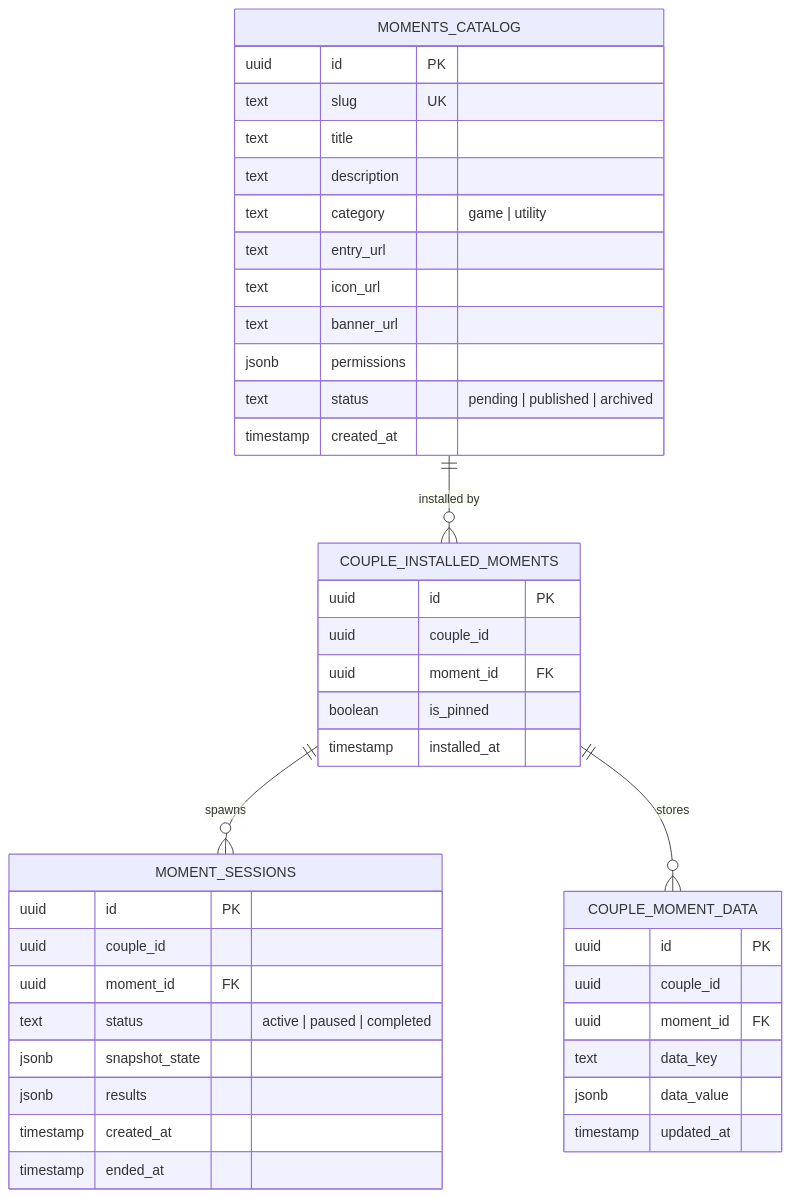
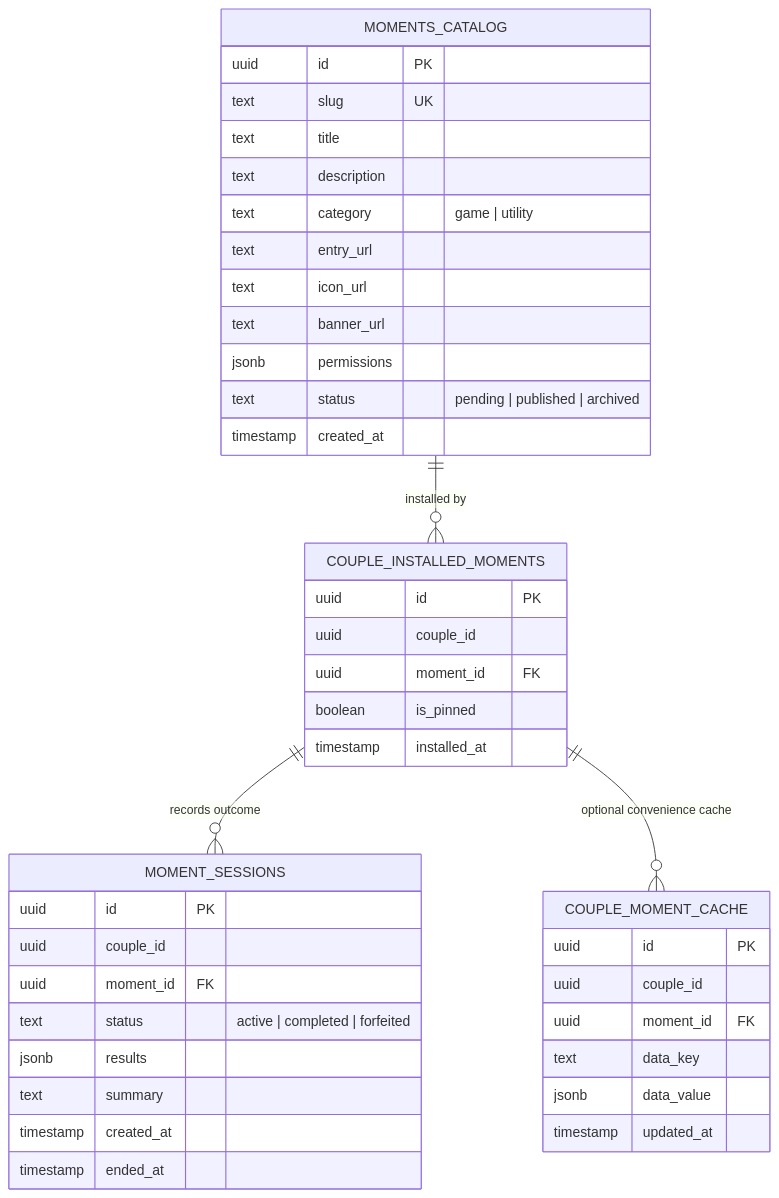
One commit to xtarflex/Lover-HQ changed the third of 4 diagrams in doc/MOMENTS_ARCHITECTURE.md. Above: the diagram before and after it, drawn with Mermaid. The commit also changed other lines of this file and 45 other files, not shown here.

````diff
--- a/doc/MOMENTS_ARCHITECTURE.md
+++ b/doc/MOMENTS_ARCHITECTURE.md
@@ -114,48 +154,48 @@
 ```mermaid
 erDiagram
     MOMENTS_CATALOG ||--o{ COUPLE_INSTALLED_MOMENTS : "installed by"
-    COUPLE_INSTALLED_MOMENTS ||--o{ MOMENT_SESSIONS : "spawns"
-    COUPLE_INSTALLED_MOMENTS ||--o{ COUPLE_MOMENT_DATA : "stores"
+    COUPLE_INSTALLED_MOMENTS ||--o{ MOMENT_SESSIONS : "records outcome"
+    COUPLE_INSTALLED_MOMENTS ||--o{ COUPLE_MOMENT_CACHE : "optional convenience cache"
 
     MOMENTS_CATALOG {
         uuid id PK
         text slug UK
         text title
         text description
         text category "game | utility"
         text entry_url
         text icon_url
         text banner_url
         jsonb permissions
         text status "pending | published | archived"
         timestamp created_at
     }
 
     COUPLE_INSTALLED_MOMENTS {
         uuid id PK
         uuid couple_id
         uuid moment_id FK
         boolean is_pinned
         timestamp installed_at
     }
 
-    COUPLE_MOMENT_DATA {
+    COUPLE_MOMENT_CACHE {
         uuid id PK
         uuid couple_id
         uuid moment_id FK
         text data_key
         jsonb data_value
         timestamp updated_at
     }
 
     MOMENT_SESSIONS {
         uuid id PK
         uuid couple_id
         uuid moment_id FK
-        text status "active | paused | completed"
-        jsonb snapshot_state
+        text status "active | completed | forfeited"
         jsonb results
+        text summary
         timestamp created_at
         timestamp ended_at
     }
 ```
````
